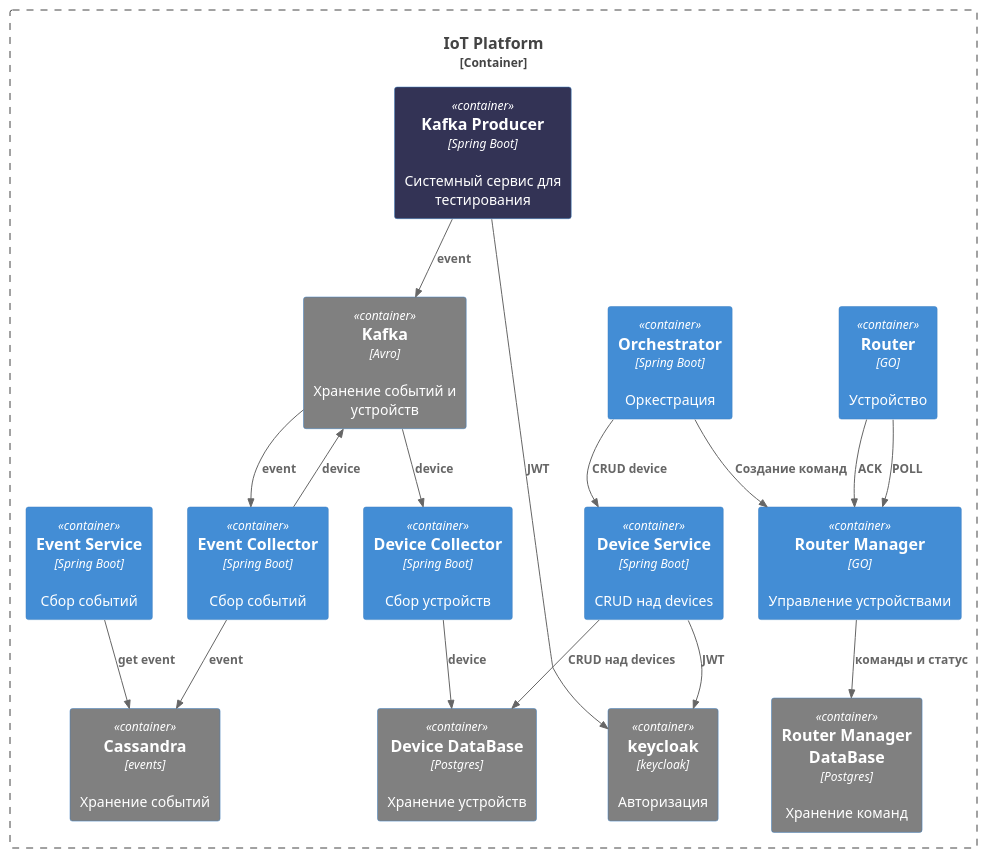
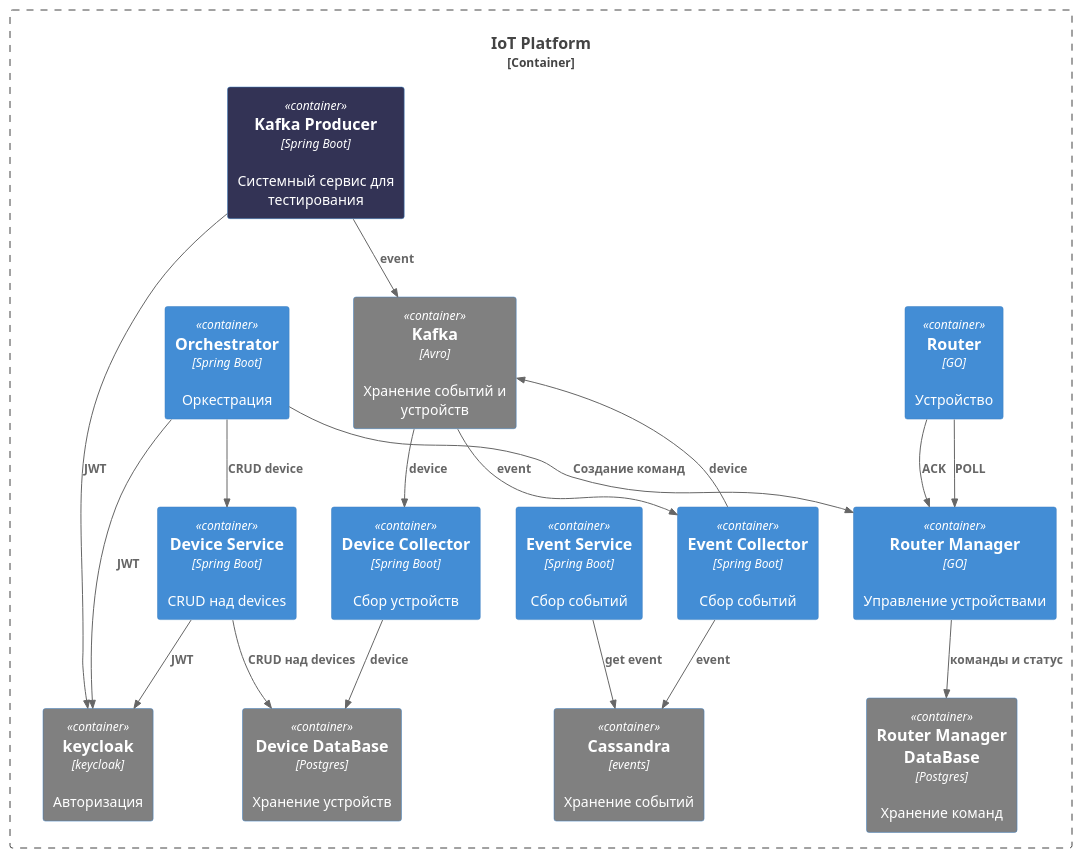
The diagram in diagrams/common/iot-system.puml (ApenDover/ourcode-iot-platform), drawn with PlantUML before and after one commit. The commit also changed 19 other files, not shown here.

```diff
--- a/diagrams/common/iot-system.puml
+++ b/diagrams/common/iot-system.puml
@@ -1,37 +1,38 @@
 @startuml Containers
 !includeurl https://raw.githubusercontent.com/plantuml-stdlib/C4-PlantUML/master/C4_Container.puml
 
 Container_Boundary(platform, "IoT Platform") {
     Container(router, "Router", "GO", "Устройство")
     Container(routermanager, "Router Manager", "GO", "Управление устройствами")
     Container(eventcollector, "Event Collector", "Spring Boot", "Сбор событий")
     Container(cassandra, "Cassandra", "events", "Хранение событий") #gray
     Container(eventservice, "Event Service", "Spring Boot", "Сбор событий")
     Container(devicecollector, "Device Collector", "Spring Boot", "Сбор устройств")
     Container(routermanagerdb, "Router Manager DataBase", "Postgres", "Хранение команд") #gray
     Container(devicedb, "Device DataBase", "Postgres", "Хранение устройств") #gray
     Container(devser, "Device Service", "Spring Boot", "CRUD над devices")
     Container(kafkaproducer, "Kafka Producer", "Spring Boot", "Системный сервис для тестирования") #333355
     Container(kafka, "Kafka", "Avro", "Хранение событий и устройств") #gray
     Container(keycloak, "keycloak", "keycloak", "Авторизация") #gray
     Container(orchestrator, "Orchestrator", "Spring Boot", "Оркестрация")
 }
 Rel("orchestrator", "devser", "CRUD device")
 Rel("orchestrator", "routermanager", "Создание команд")
+Rel("orchestrator", "keycloak", "JWT")
 
 Rel("kafkaproducer", "kafka", "event")
 Rel("kafkaproducer", "keycloak", "JWT")
 Rel("devser", "keycloak", "JWT")
 Rel("kafka", "eventcollector", "event")
 Rel("eventcollector", "cassandra", "event")
 Rel("eventservice", "cassandra", "get event")
 Rel("eventcollector", "kafka", "device")
 Rel("kafka", "devicecollector", "device")
 Rel("devicecollector", "devicedb", "device")
 Rel("devser", "devicedb", "CRUD над devices")
 
 Rel("router", "routermanager", "POLL")
 Rel("router", "routermanager", "ACK")
 Rel("routermanager", "routermanagerdb", "команды и статус")
 
 @enduml
```
